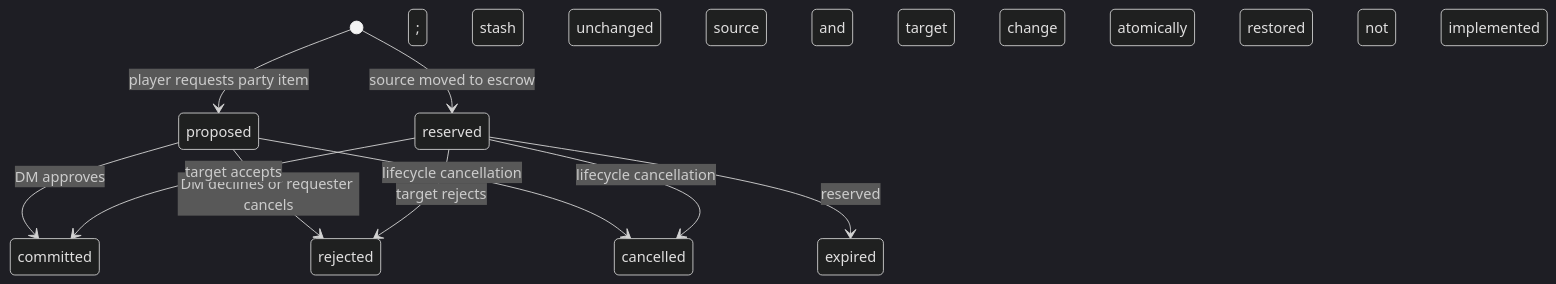
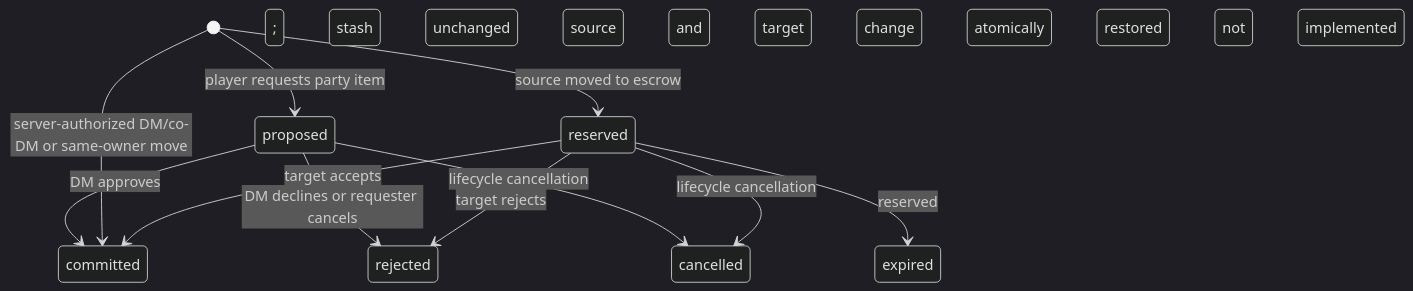
The sixth of 7 diagrams in docs/hub/domain-model.md (TrueMichato/ThelemarTools), drawn with Mermaid (dark theme) before and after one commit. The commit also changed other lines of this file and 22 other files, not shown here.

````diff
--- a/docs/hub/domain-model.md
+++ b/docs/hub/domain-model.md
@@ -194,12 +196,13 @@
 ```mermaid
 stateDiagram-v2
   [*] --> proposed: player requests party item; stash unchanged
   proposed --> committed: DM approves; source and target change atomically
   proposed --> rejected: DM declines or requester cancels; stash unchanged
   proposed --> cancelled: lifecycle cancellation; stash unchanged
+  [*] --> committed: server-authorized DM/co-DM or same-owner move
   [*] --> reserved: source moved to escrow
   reserved --> committed: target accepts
   reserved --> rejected: target rejects; source restored
   reserved --> cancelled: lifecycle cancellation; source restored
   reserved --> expired: reserved; not implemented
 ```
````
